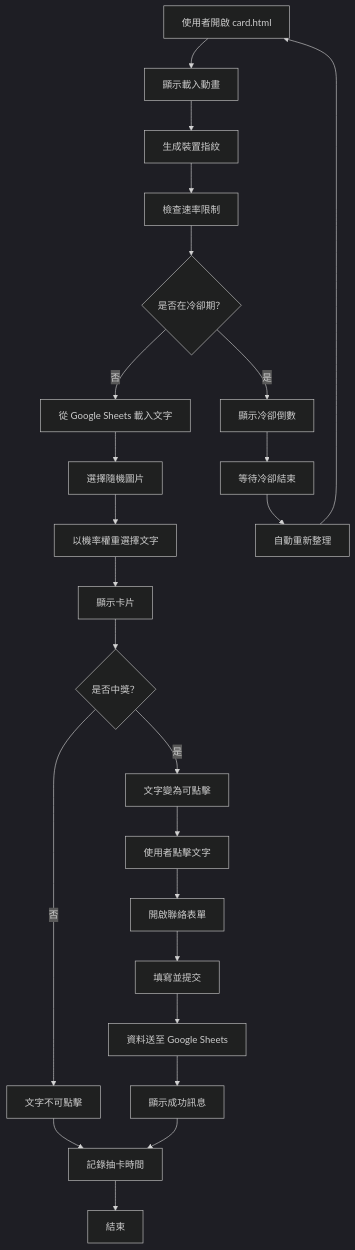
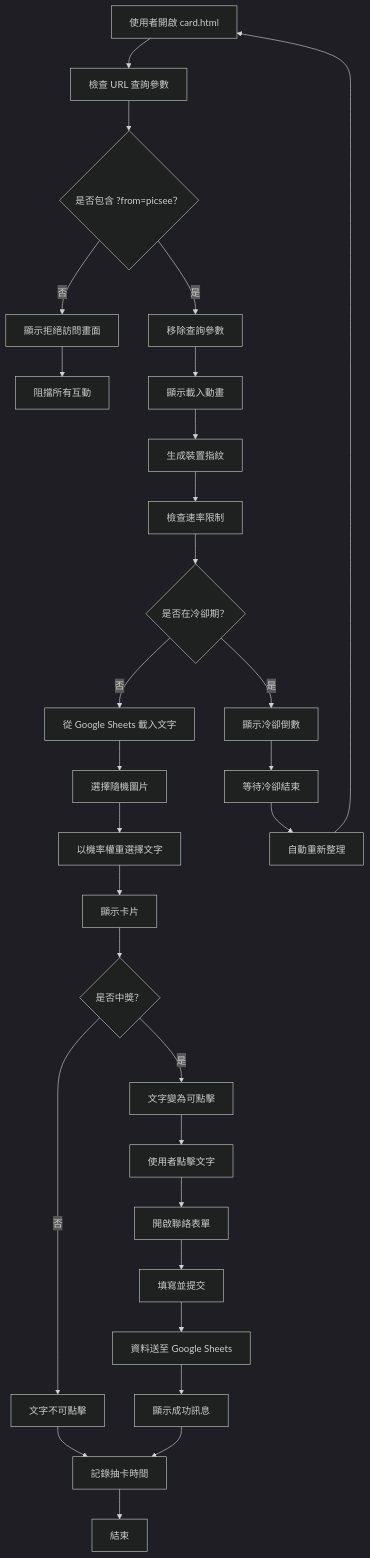
The diagram in docs/use-cases/02-card-drawing-with-prizes.md (chicmoor/comoor), drawn with Mermaid (dark theme) before and after one commit. The commit also changed other lines of this file and 9 other files, not shown here.

````diff
--- a/docs/use-cases/02-card-drawing-with-prizes.md
+++ b/docs/use-cases/02-card-drawing-with-prizes.md
@@ -39,26 +39,31 @@
 ```mermaid
 flowchart TD
-    A[使用者開啟 card.html] --> B[顯示載入動畫]
+    A[使用者開啟 card.html] --> A1[檢查 URL 查詢參數]
+    A1 --> A2{是否包含 ?from=picsee？}
+    A2 -->|否| A3[顯示拒絕訪問畫面]
+    A3 --> A4[阻擋所有互動]
+    A2 -->|是| A5[移除查詢參數]
+    A5 --> B[顯示載入動畫]
     B --> C[生成裝置指紋]
     C --> D[檢查速率限制]
     D --> E{是否在冷卻期？}
     E -->|是| F[顯示冷卻倒數]
     E -->|否| G[從 Google Sheets 載入文字]
     G --> H[選擇隨機圖片]
     H --> I[以機率權重選擇文字]
     I --> J[顯示卡片]
     J --> K{是否中獎？}
     K -->|是| L[文字變為可點擊]
     K -->|否| M[文字不可點擊]
     L --> N[使用者點擊文字]
     N --> O[開啟聯絡表單]
     O --> P[填寫並提交]
     P --> Q[資料送至 Google Sheets]
     Q --> R[顯示成功訊息]
     M --> S[記錄抽卡時間]
     R --> S
     S --> T[結束]
     F --> U[等待冷卻結束]
     U --> V[自動重新整理]
     V --> A
 ```
````
